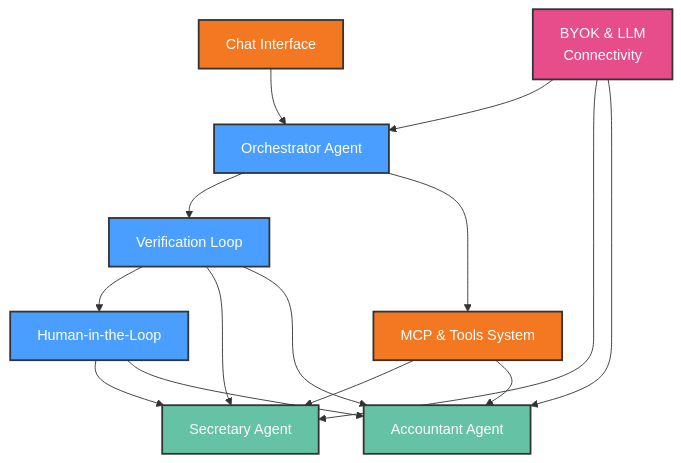
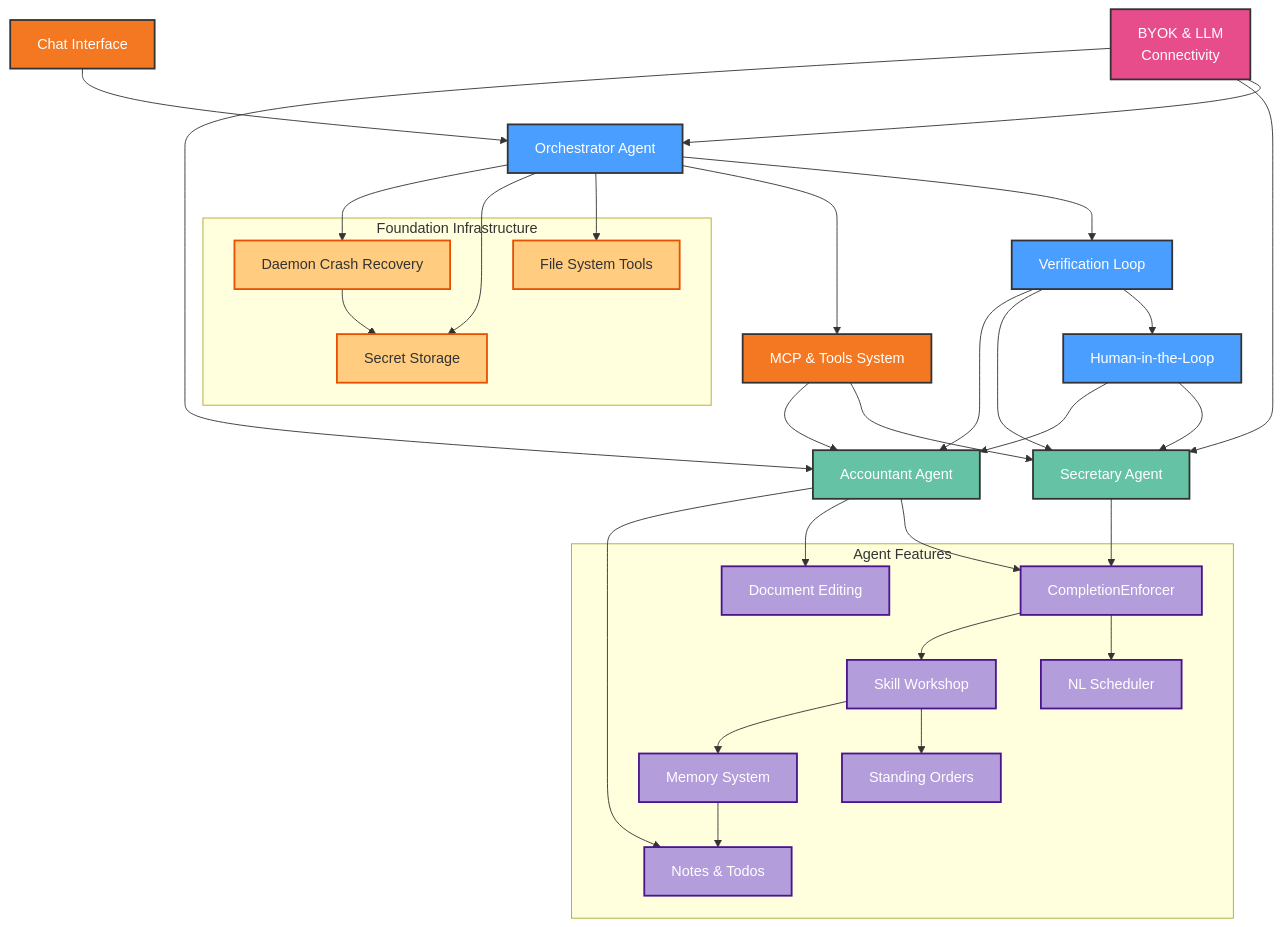
Before and after one commit to MyBoTeam/MyBoTeam: the fifth of 7 diagrams in PRD.md, drawn with Mermaid. The commit also changed other lines of this file and 1 other file, not shown here.

````diff
--- a/PRD.md
+++ b/PRD.md
@@ -836,35 +1238,70 @@
 ```mermaid
 flowchart TB
     LLM["BYOK & LLM<br/>Connectivity"]
     Orchestrator["Orchestrator Agent"]
     VLoop["Verification Loop"]
     MCP["MCP & Tools System"]
     HITL["Human-in-the-Loop"]
     Secretary["Secretary Agent"]
     Accountant["Accountant Agent"]
     UI["Chat Interface"]
+
+    subgraph Foundation_Infra["Foundation Infrastructure"]
+        FileTools["File System Tools"]
+        Secrets["Secret Storage"]
+        Daemon["Daemon Crash Recovery"]
+    end
+
+    subgraph Agent_Features["Agent Features"]
+        CE["CompletionEnforcer"]
+        Sched["NL Scheduler"]
+        SW["Skill Workshop"]
+        Mem["Memory System"]
+        Orders["Standing Orders"]
+        Docs["Document Editing"]
+        Notes["Notes & Todos"]
+    end
 
     LLM --> Orchestrator
     Orchestrator --> VLoop
     Orchestrator --> MCP
     VLoop --> HITL
     MCP --> Secretary
     MCP --> Accountant
     VLoop --> Secretary
     VLoop --> Accountant
     HITL --> Secretary
     HITL --> Accountant
     LLM --> Secretary
     LLM --> Accountant
     UI --> Orchestrator
 
+    Orchestrator --> FileTools
+    Orchestrator --> Secrets
+    Daemon --> Secrets
+    Orchestrator --> Daemon
+
+    Secretary --> CE
+    Accountant --> CE
+    CE --> Sched
+    CE --> SW
+    SW --> Orders
+    SW --> Mem
+    Accountant --> Docs
+    Accountant --> Notes
+    Mem --> Notes
+
     classDef llm fill:#e74c8b,stroke:#333,stroke-width:2px,color:#fff
     classDef core fill:#4a9eff,stroke:#333,stroke-width:2px,color:#fff
     classDef infra fill:#f47721,stroke:#333,stroke-width:2px,color:#fff
     classDef agent fill:#66c2a5,stroke:#333,stroke-width:2px,color:#fff
+    classDef foundation fill:#ffcc80,stroke:#e65100,stroke-width:2px
+    classDef feature fill:#b39ddb,stroke:#4a148c,stroke-width:2px,color:#fff
 
     class LLM llm
     class Orchestrator,VLoop,HITL core
     class MCP,UI infra
     class Secretary,Accountant agent
+    class FileTools,Secrets,Daemon foundation
+    class CE,Sched,SW,Mem,Orders,Docs,Notes feature
 ```
````
